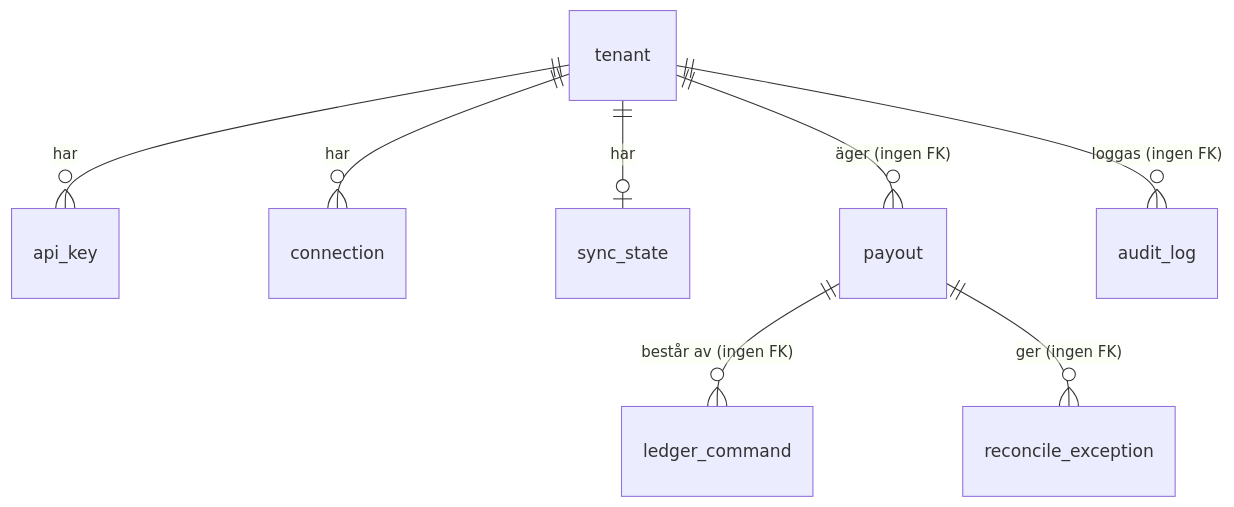
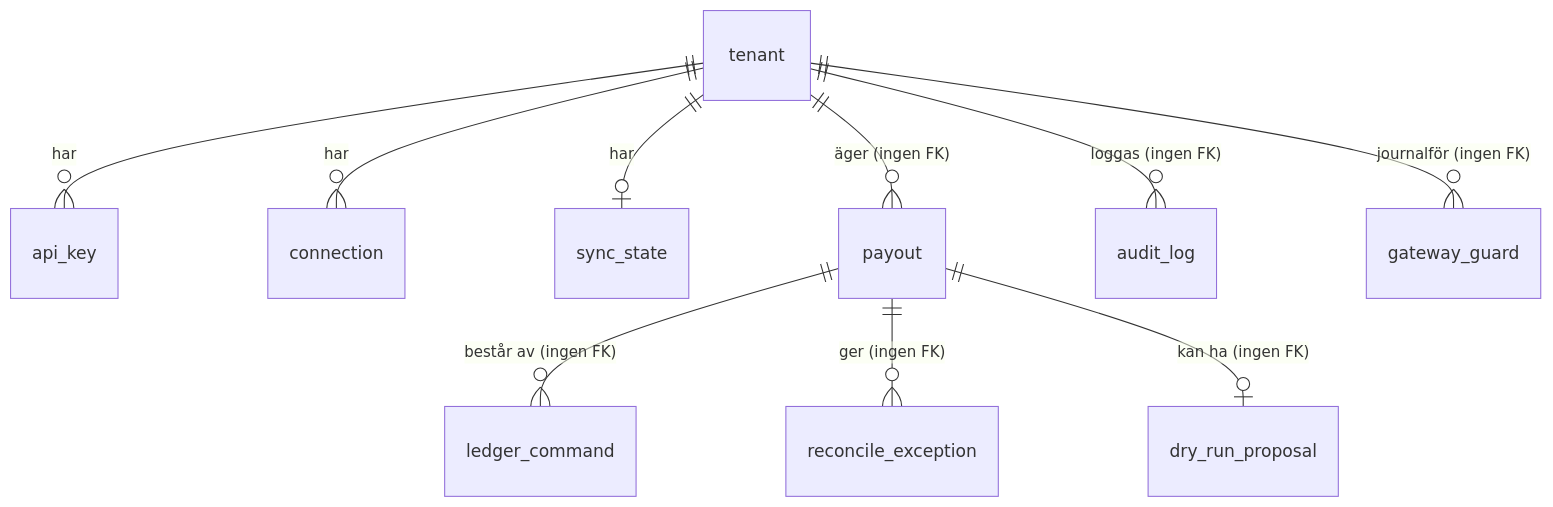
Before and after one commit to Daxegren/Synkenpluz: the third of 3 diagrams in docs/FUNKTIONSKARTA.md, drawn with Mermaid. The commit also changed other lines of this file and 21 other files, not shown here.

````diff
--- a/docs/FUNKTIONSKARTA.md
+++ b/docs/FUNKTIONSKARTA.md
@@ -283,10 +331,12 @@
 ```mermaid
 erDiagram
     tenant ||--o{ api_key : "har"
     tenant ||--o{ connection : "har"
     tenant ||--o| sync_state : "har"
     tenant ||--o{ payout : "äger (ingen FK)"
     payout ||--o{ ledger_command : "består av (ingen FK)"
     payout ||--o{ reconcile_exception : "ger (ingen FK)"
     tenant ||--o{ audit_log : "loggas (ingen FK)"
+    tenant ||--o{ gateway_guard : "journalför (ingen FK)"
+    payout ||--o| dry_run_proposal : "kan ha (ingen FK)"
 ```
````
